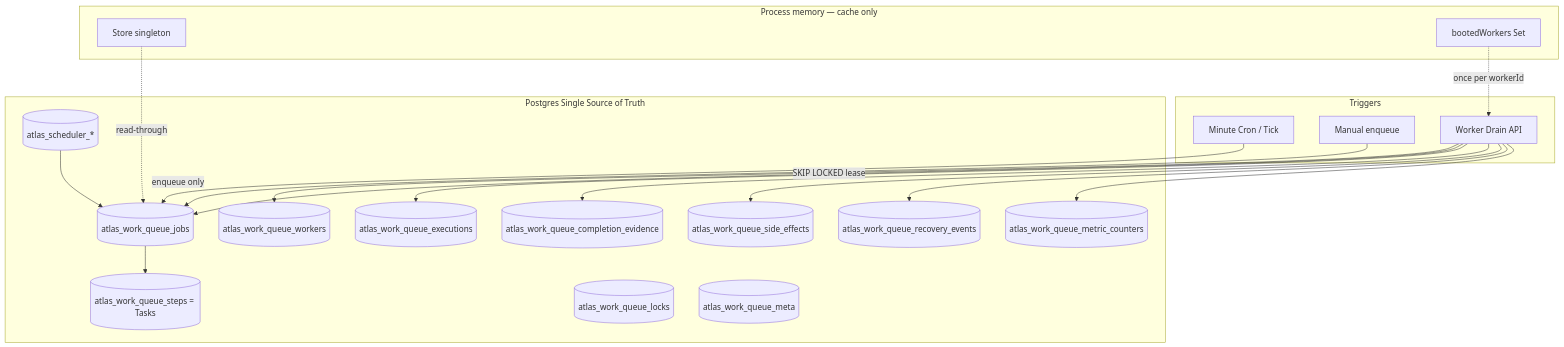
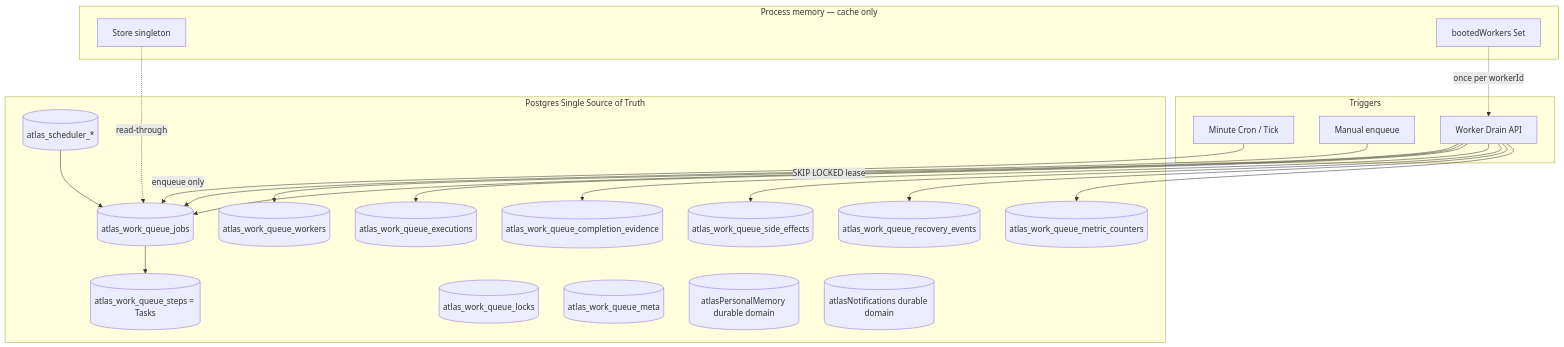
Before and after one commit to shenmixingye08-design/atlas-app: the first of 2 diagrams in docs/development/durability-production-blocker4-report.md, drawn with Mermaid. The commit also changed other lines of this file and 12 other files, not shown here.

````diff
--- a/docs/development/durability-production-blocker4-report.md
+++ b/docs/development/durability-production-blocker4-report.md
@@ -39,41 +41,43 @@
 ```mermaid
 flowchart TB
   subgraph clients [Triggers]
     Cron[Minute Cron / Tick]
     Manual[Manual enqueue]
     Drain[Worker Drain API]
   end
 
   subgraph sot [Postgres Single Source of Truth]
     Jobs[(atlas_work_queue_jobs)]
     Steps[(atlas_work_queue_steps = Tasks)]
     Exec[(atlas_work_queue_executions)]
     Evidence[(atlas_work_queue_completion_evidence)]
     SideFx[(atlas_work_queue_side_effects)]
     Workers[(atlas_work_queue_workers)]
     Recovery[(atlas_work_queue_recovery_events)]
     Counters[(atlas_work_queue_metric_counters)]
     Locks[(atlas_work_queue_locks)]
     Sched[(atlas_scheduler_*)]
     Meta[(atlas_work_queue_meta)]
+    Mem[(atlasPersonalMemory durable domain)]
+    Ntf[(atlasNotifications durable domain)]
   end
 
   subgraph cache [Process memory — cache only]
     Singleton[Store singleton]
     BootSet[bootedWorkers Set]
   end
 
   Cron -->|enqueue only| Jobs
   Manual --> Jobs
   Drain --> Workers
   Drain -->|SKIP LOCKED lease| Jobs
   Jobs --> Steps
   Drain --> Exec
   Drain --> Evidence
   Drain --> SideFx
   Drain --> Recovery
   Drain --> Counters
   Sched --> Jobs
   Singleton -.->|read-through| Jobs
   BootSet -.->|once per workerId| Drain
 ```
````
